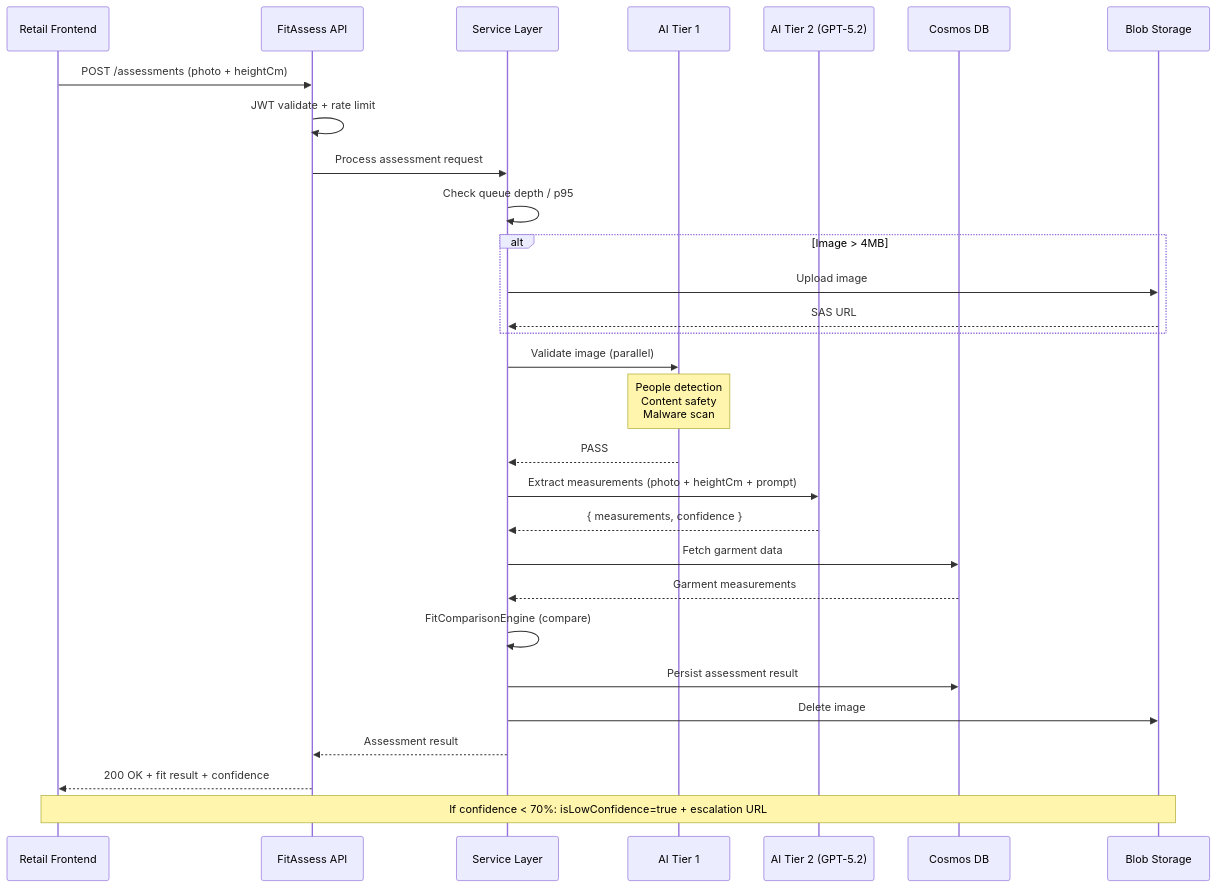
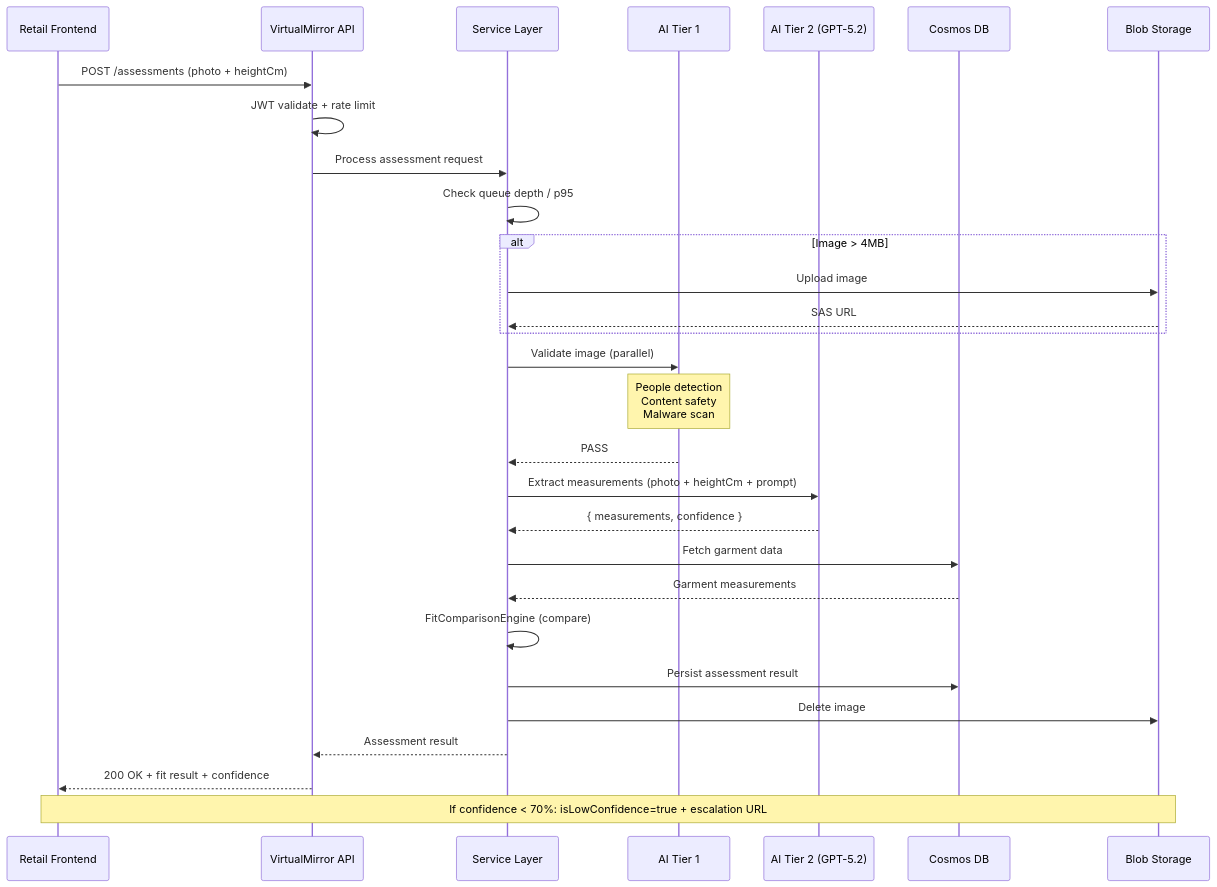
The fourth of 12 diagrams in docs/architecture/diagrams-mermaid.md (akhayash/RetailTeam-workshop), drawn with Mermaid before and after one commit. The commit also changed other lines of this file and 14 other files, not shown here.

First line of the commit message:
docs: rename FitAssess to VirtualMirror across all project docs

````diff
--- a/docs/architecture/diagrams-mermaid.md
+++ b/docs/architecture/diagrams-mermaid.md
@@ -143,39 +143,39 @@
 ```mermaid
 sequenceDiagram
     participant FE as Retail Frontend
-    participant API as FitAssess API
+    participant API as VirtualMirror API
     participant SVC as Service Layer
     participant T1 as AI Tier 1
     participant T2 as AI Tier 2 (GPT-5.2)
     participant DB as Cosmos DB
     participant Blob as Blob Storage
 
     FE->>API: POST /assessments (photo + heightCm)
     API->>API: JWT validate + rate limit
     API->>SVC: Process assessment request
     SVC->>SVC: Check queue depth / p95
     
     alt Image > 4MB
         SVC->>Blob: Upload image
         Blob-->>SVC: SAS URL
     end
 
     SVC->>T1: Validate image (parallel)
     Note over T1: People detection<br/>Content safety<br/>Malware scan
     T1-->>SVC: PASS
 
     SVC->>T2: Extract measurements (photo + heightCm + prompt)
     T2-->>SVC: { measurements, confidence }
 
     SVC->>DB: Fetch garment data
     DB-->>SVC: Garment measurements
     SVC->>SVC: FitComparisonEngine (compare)
 
     SVC->>DB: Persist assessment result
     SVC->>Blob: Delete image
 
     SVC-->>API: Assessment result
     API-->>FE: 200 OK + fit result + confidence
 
     Note over FE,Blob: If confidence < 70%: isLowConfidence=true + escalation URL
 ```
````
